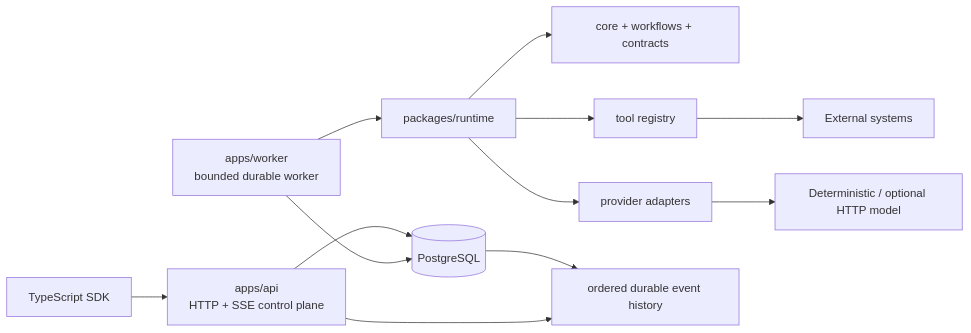
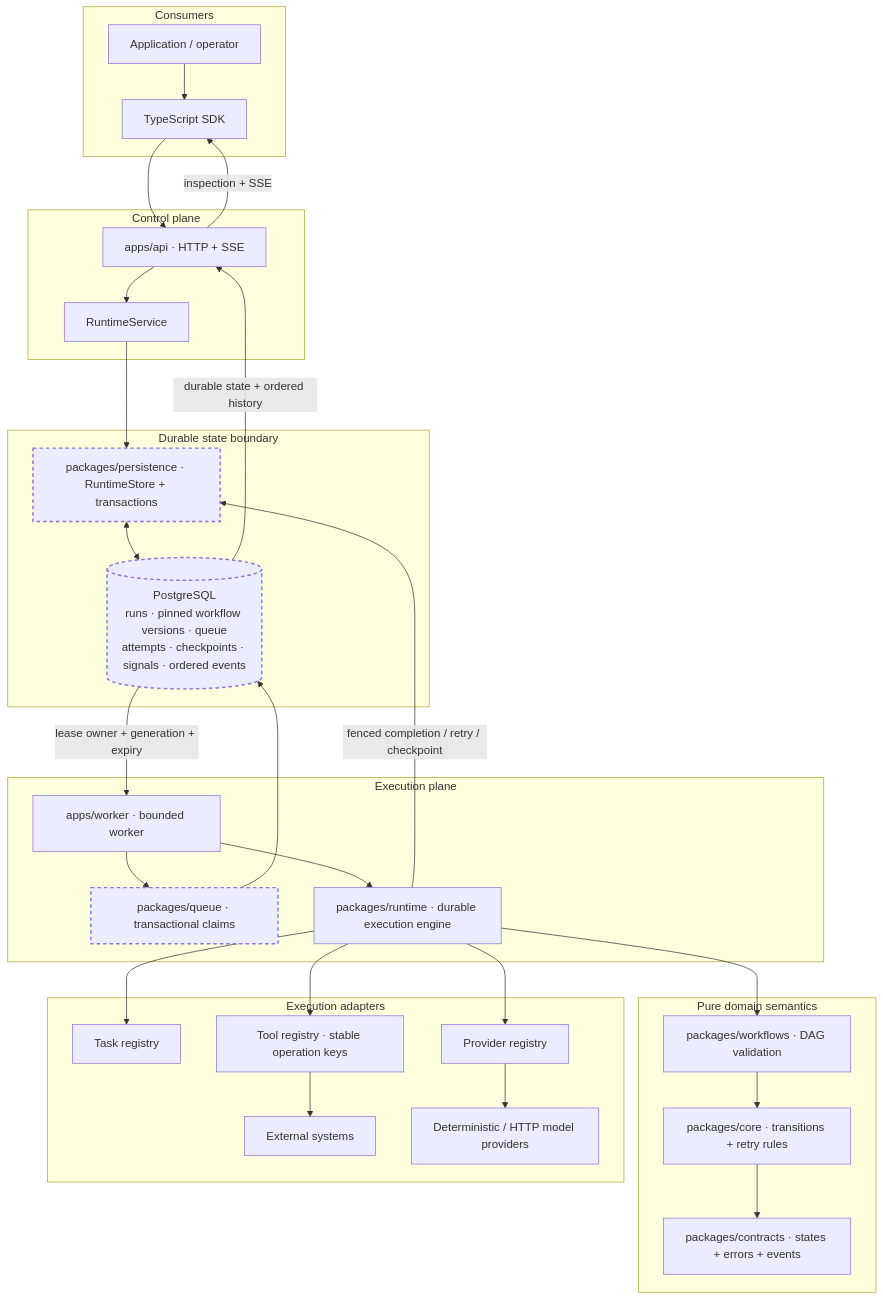
One commit to SaridakisStamatisChristos/AgentForge changed the diagram in README.md. Above: the diagram before and after it, drawn with Mermaid. The commit also changed other lines of this file, not shown here.

Commit message:
Upgrade architecture overview diagram (#3)

````diff
--- a/README.md
+++ b/README.md
@@ -13,14 +13,53 @@
 ```mermaid
-flowchart LR
-  SDK[TypeScript SDK] --> API[apps/api\nHTTP + SSE control plane]
-  API --> PG[(PostgreSQL)]
-  Worker[apps/worker\nbounded durable worker] --> PG
-  Worker --> Runtime[packages/runtime]
-  Runtime --> Core[core + workflows + contracts]
-  Runtime --> Tools[tool registry]
-  Runtime --> Providers[provider adapters]
-  Tools --> External[External systems]
-  Providers --> Models[Deterministic / optional HTTP model]
-  PG --> Events[ordered durable event history]
-  API --> Events
+flowchart TB
+  subgraph Consumers["Consumers"]
+    App["Application / operator"]
+    SDK["TypeScript SDK"]
+  end
+
+  subgraph Control["Control plane"]
+    API["apps/api · HTTP + SSE"]
+    Service["RuntimeService"]
+  end
+
+  subgraph Execution["Execution plane"]
+    Worker["apps/worker · bounded worker"]
+    Queue["packages/queue · transactional claims"]
+    Runtime["packages/runtime · durable execution engine"]
+  end
+
+  subgraph Durable["Durable state boundary"]
+    Store["packages/persistence · RuntimeStore + transactions"]
+    PG[("PostgreSQL\nruns · pinned workflow versions · queue\nattempts · checkpoints · signals · ordered events")]
+  end
+
+  subgraph Semantics["Pure domain semantics"]
+    Workflows["packages/workflows · DAG validation"]
+    Core["packages/core · transitions + retry rules"]
+    Contracts["packages/contracts · states + errors + events"]
+  end
+
+  subgraph Adapters["Execution adapters"]
+    Tasks["Task registry"]
+    Tools["Tool registry · stable operation keys"]
+    Providers["Provider registry"]
+    External["External systems"]
+    Models["Deterministic / HTTP model providers"]
+  end
+
+  App --> SDK --> API --> Service --> Store
+  Worker --> Queue --> PG
+  PG -->|"lease owner + generation + expiry"| Worker
+  Worker --> Runtime
+  Runtime --> Workflows --> Core --> Contracts
+  Runtime --> Tasks
+  Runtime --> Tools --> External
+  Runtime --> Providers --> Models
+  Runtime -->|"fenced completion / retry / checkpoint"| Store
+  Store <--> PG
+  PG -->|"durable state + ordered history"| API
+  API -->|"inspection + SSE"| SDK
+
+  classDef authority stroke-width:2px,stroke-dasharray:5 4;
+  class Queue,Store,PG authority;
 ```
````
